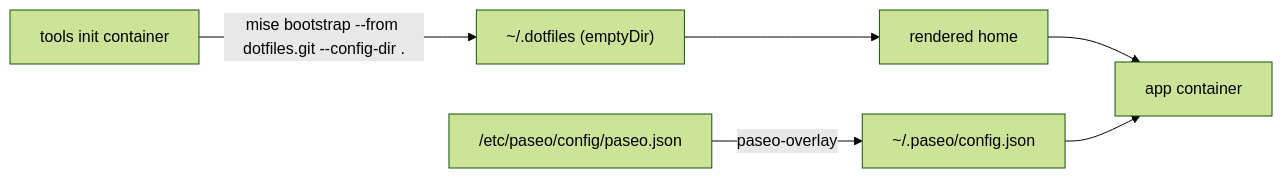
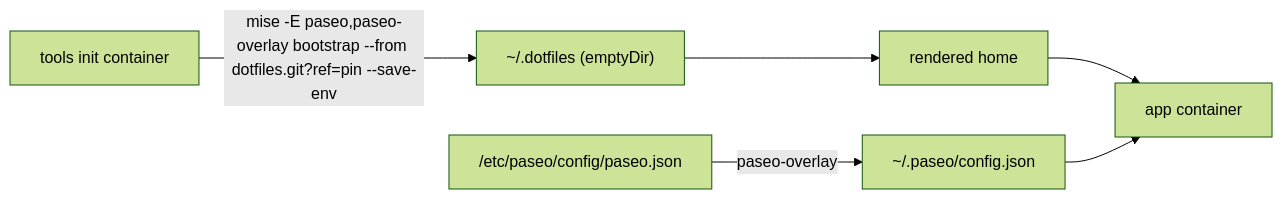
Before and after one commit to h-wb/dotfiles: the diagram in conf.d/paseo/README.md, drawn with Mermaid (forest theme). The commit also changed other lines of this file and 40 other files, not shown here.

````diff
--- a/conf.d/paseo/README.md
+++ b/conf.d/paseo/README.md
@@ -27,8 +27,8 @@
 ```mermaid
 flowchart LR
-  I["tools init container"] -->|"mise bootstrap --from dotfiles.git --config-dir ."| D["~/.dotfiles (emptyDir)"]
+  I["tools init container"] -->|"mise -E paseo,paseo-overlay bootstrap --from dotfiles.git?ref=pin --save-env"| D["~/.dotfiles (emptyDir)"]
   D --> R[rendered home]
   E["/etc/paseo/config/paseo.json"] -->|paseo-overlay| P["~/.paseo/config.json"]
   R --> A[app container]
   P --> A
 ```
````
